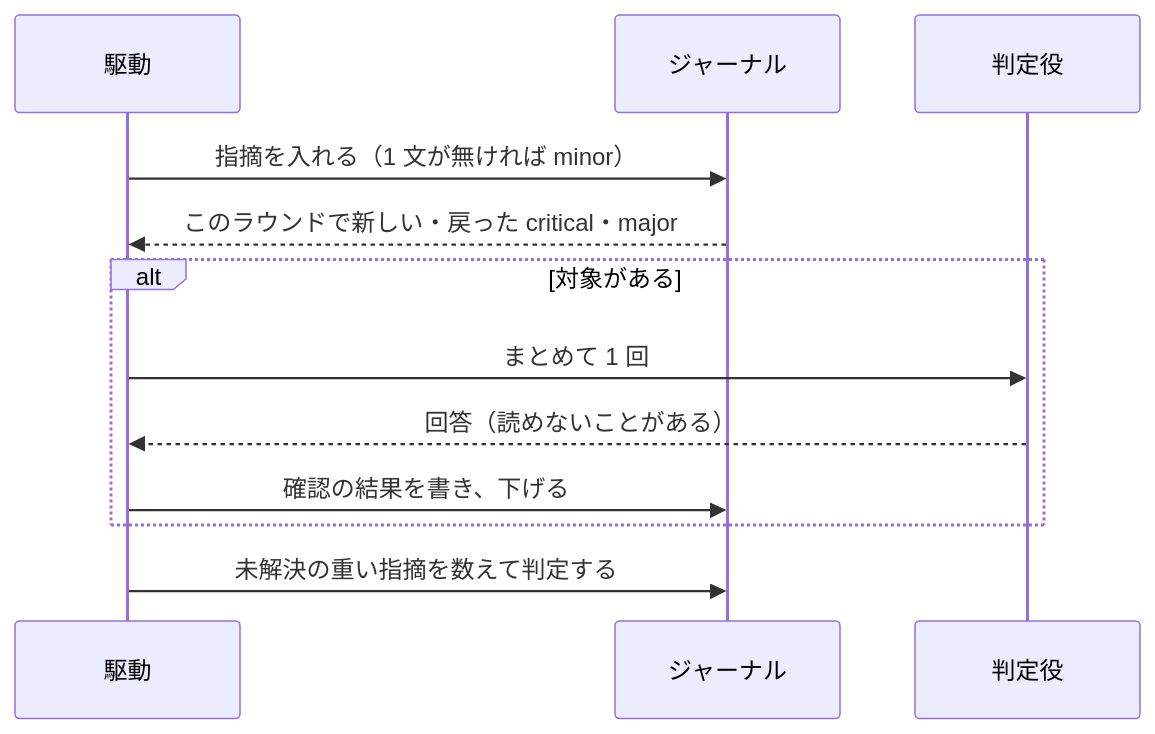
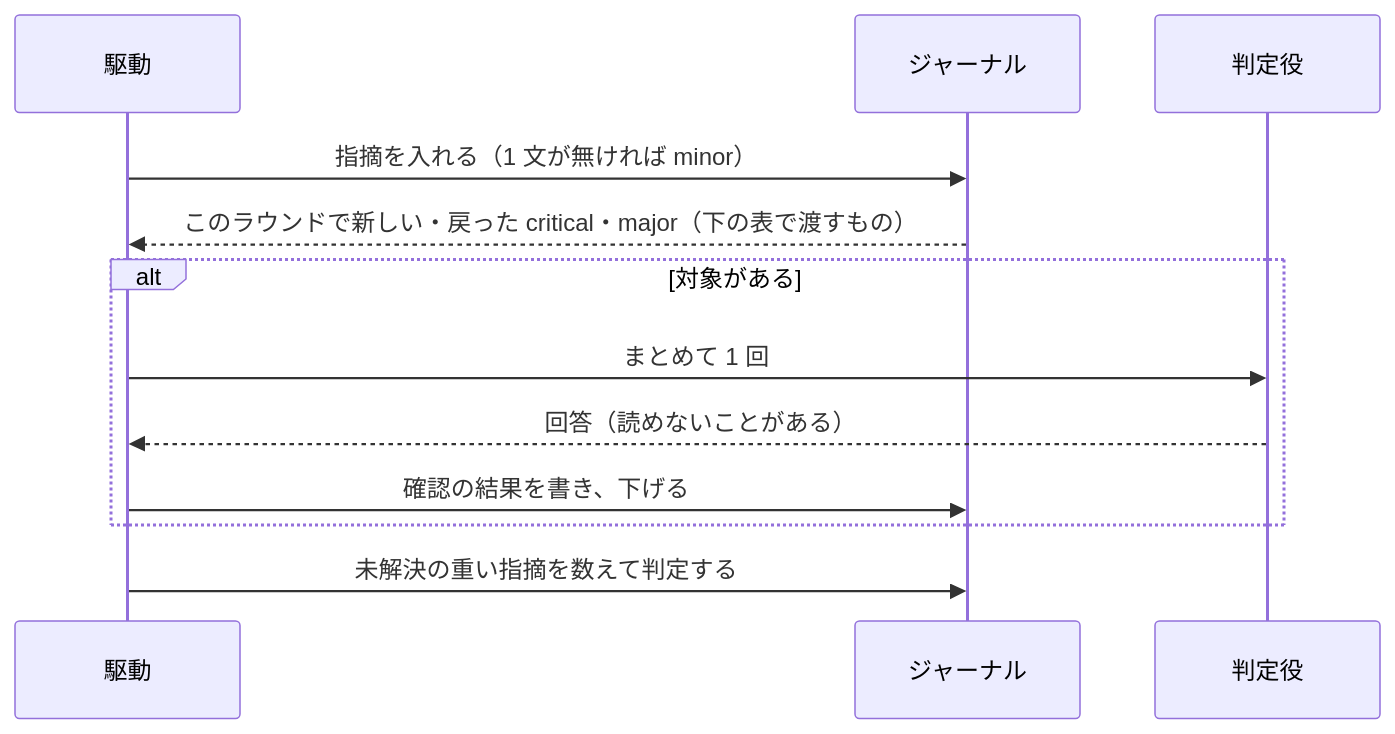
Before and after one commit to devbasex/ai-plugins: the third of 3 diagrams in issues/issue-4363-design.md, drawn with Mermaid. The commit also changed other lines of this file and 4 other files, not shown here.

````diff
--- a/issues/issue-4363-design.md
+++ b/issues/issue-4363-design.md
@@ -128,14 +131,14 @@
 ```mermaid
 sequenceDiagram
     participant D as 駆動
     participant J as ジャーナル
     participant V as 判定役
     D->>J: 指摘を入れる（1 文が無ければ minor）
-    J-->>D: このラウンドで新しい・戻った critical・major
+    J-->>D: このラウンドで新しい・戻った critical・major（下の表で渡すもの）
     alt 対象がある
         D->>V: まとめて 1 回
         V-->>D: 回答（読めないことがある）
         D->>J: 確認の結果を書き、下げる
     end
     D->>J: 未解決の重い指摘を数えて判定する
 ```
````
